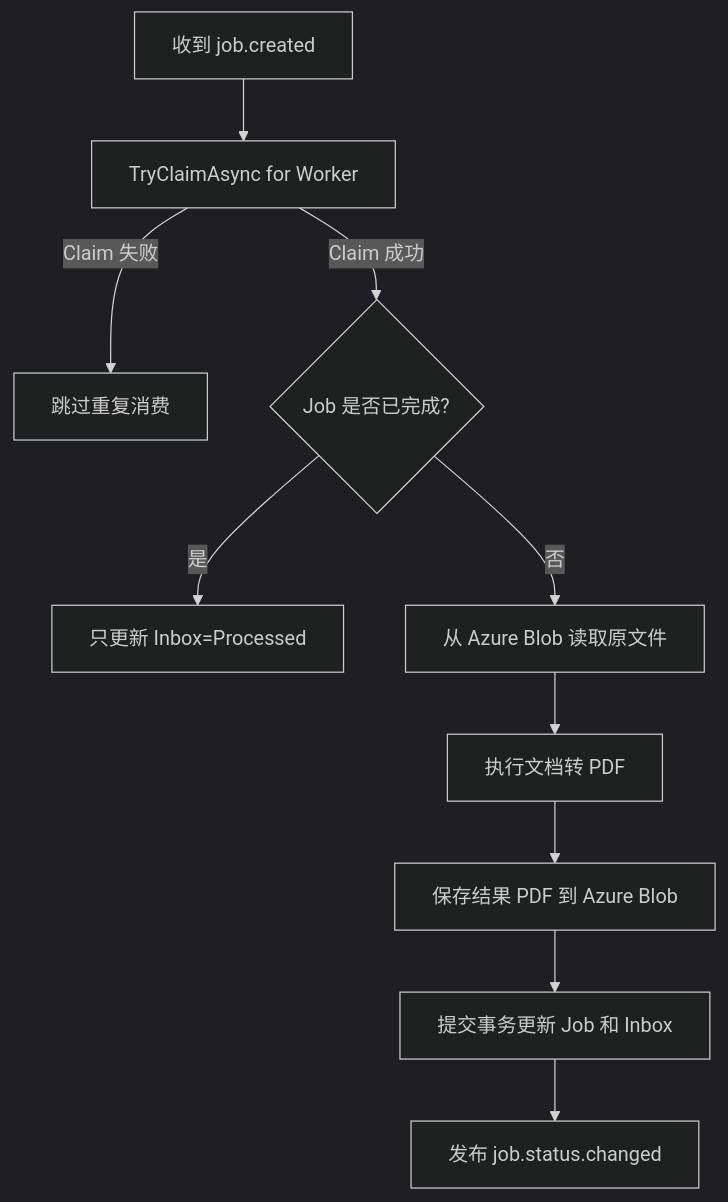
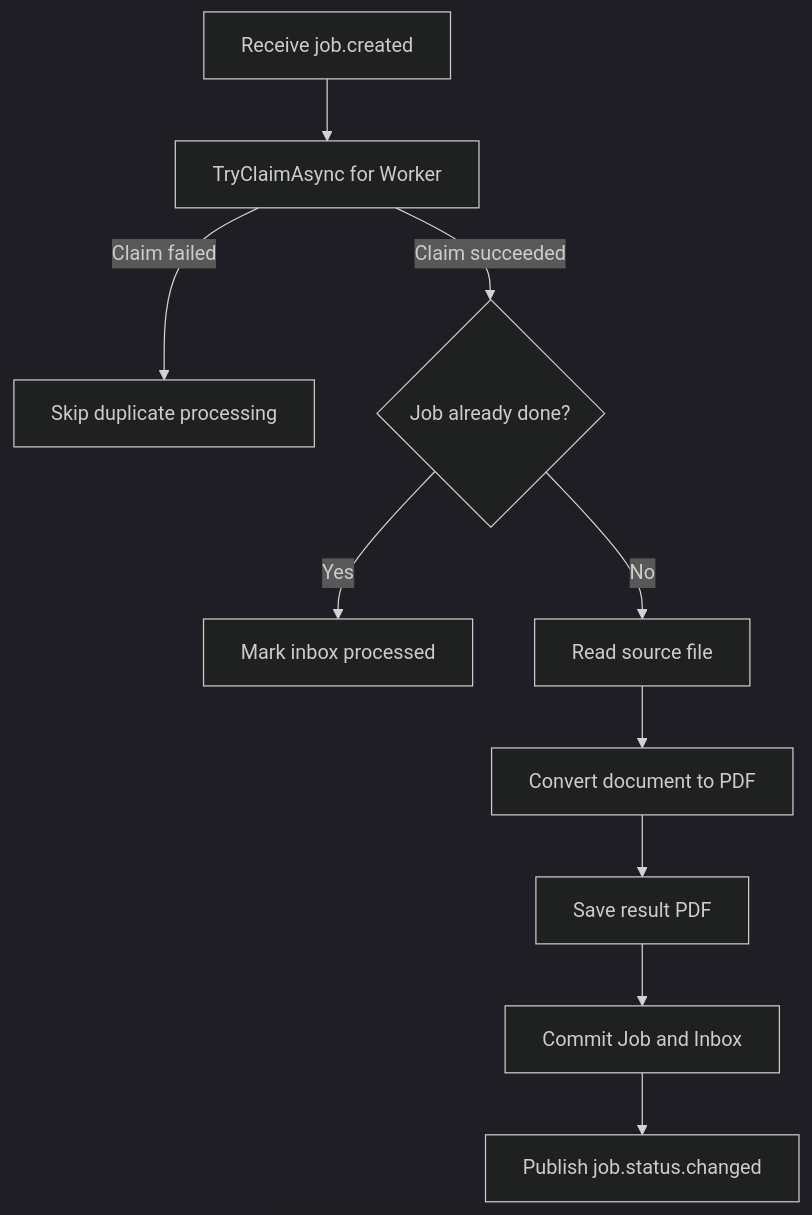
One commit to haoyucheng369-gif/DocFlowCloud changed the second of 4 diagrams in docs/system-flow.md. Above: the diagram before and after it, drawn with Mermaid (dark theme). The commit also changed other lines of this file and 7 other files, not shown here.

Commit message:
Refine docs, promotion flow, and homepage demo layout

````diff
--- a/docs/system-flow.md
+++ b/docs/system-flow.md
@@ -52,12 +62,12 @@
 ```mermaid
 flowchart TD
-    A[收到 job.created] --> B[TryClaimAsync for Worker]
-    B -->|Claim 失败| C[跳过重复消费]
-    B -->|Claim 成功| D{Job 是否已完成?}
-    D -->|是| E[只更新 Inbox=Processed]
-    D -->|否| F[从 Azure Blob 读取原文件]
-    F --> G[执行文档转 PDF]
-    G --> H[保存结果 PDF 到 Azure Blob]
-    H --> I[提交事务更新 Job 和 Inbox]
-    I --> J[发布 job.status.changed]
+    A[Receive job.created] --> B[TryClaimAsync for Worker]
+    B -->|Claim failed| C[Skip duplicate processing]
+    B -->|Claim succeeded| D{Job already done?}
+    D -->|Yes| E[Mark inbox processed]
+    D -->|No| F[Read source file]
+    F --> G[Convert document to PDF]
+    G --> H[Save result PDF]
+    H --> I[Commit Job and Inbox]
+    I --> J[Publish job.status.changed]
 ```
````
